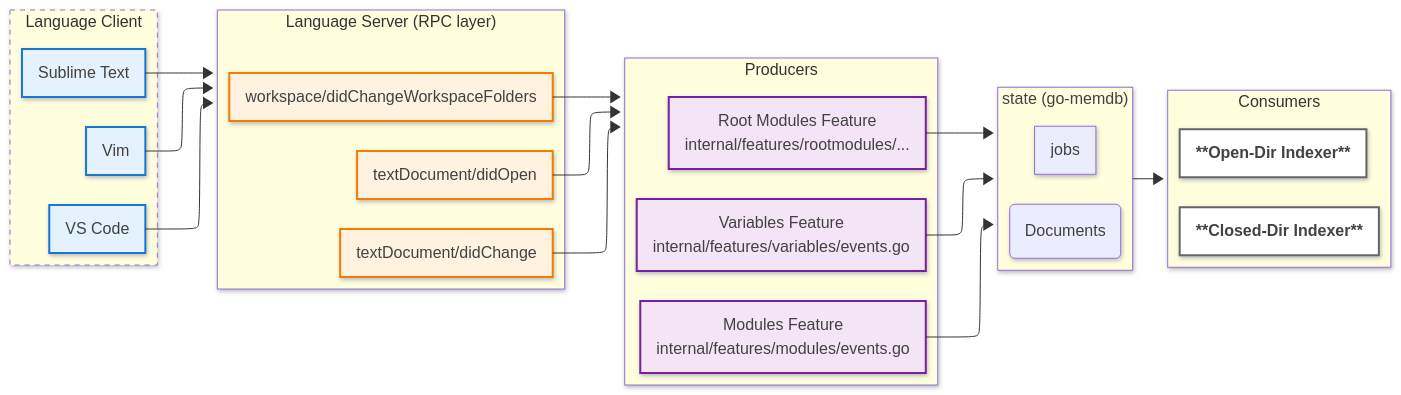
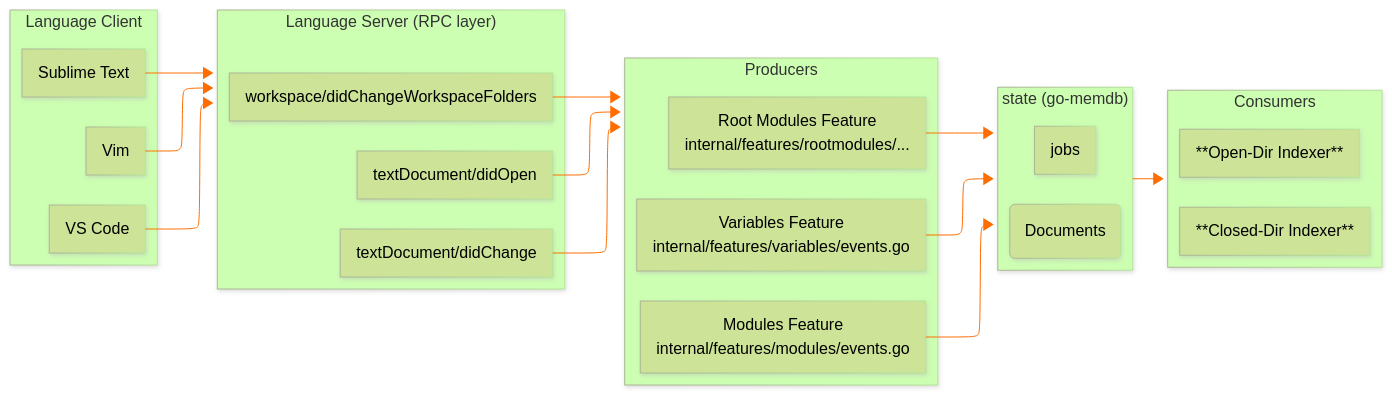
Before and after one commit to opentofu/tofu-ls: the fourth of 6 diagrams in docs/architecture.md, drawn with Mermaid. The commit also changed other lines of this file, not shown here.

Commit message:
Architecture.md colors and themeing

````diff
--- a/docs/architecture.md
+++ b/docs/architecture.md
@@ -213,80 +225,64 @@
 ```mermaid
 ---
 config:
-  theme: mc
+  theme: forest
   look: neo
   layout: elk
+  themeVariables:
+    darkMode: true
+  flowchart:
+    curve: basis
 ---
 flowchart LR
  subgraph LC["Language Client"]
     direction LR
         VSCode["VS Code"]
         Sublime["Sublime Text"]
         Vim["Vim"]
   end
  subgraph LS["Language Server (RPC layer)"]
     direction TB
         WS["workspace/didChangeWorkspaceFolders"]
         TDO["textDocument/didOpen"]
         TDC["textDocument/didChange"]
   end
  subgraph P["Producers"]
     direction LR
         MF["Modules Feature<br>internal/features/modules/events.go"]
         VF["Variables Feature<br>internal/features/variables/events.go"]
         RF["Root Modules Feature<br>internal/features/rootmodules/..."]
   end
  subgraph C["Consumers"]
     direction LR
         CDI["**Closed-Dir Indexer**"]
         ODI["**Open-Dir Indexer**"]
   end
  subgraph state["state (go-memdb)"]
     direction LR
         JOBS["jobs"]
         DOCUMENTS("Documents")
   end
     WS --> P
     TDO --> P
     TDC --> P
     MF --> state
     VF --> state
     RF --> state
     Sublime --> LS
     Vim --> LS
     VSCode --> LS
     state --> C
      VSCode:::client
      Sublime:::client
      Vim:::client
      WS:::server
      TDO:::server
      TDC:::server
      MF:::producer
      VF:::producer
      RF:::producer
      CDI:::indexer
      ODI:::indexer
      LC:::dashed
-    classDef client fill:#e3f2fd,stroke:#1976d2,stroke-width:2px
-    classDef server fill:#fff3e0,stroke:#f57c00,stroke-width:2px
-    classDef producer fill:#f3e5f5,stroke:#7b1fa2,stroke-width:2px
-    classDef consumer fill:#e8f5e8,stroke:#388e3c,stroke-width:2px
-    classDef state fill:#5c6bc0,color:#ffffff,stroke:#3f51b5,stroke-width:2px
-    classDef indexer fill:#ffffff,stroke:#666,stroke-width:2px,font-weight:bold
-    classDef dashed stroke-dasharray: 5 5
-    style VSCode color:#424242
-    style Sublime color:#424242
-    style Vim color:#424242
-    style WS color:#424242
-    style TDO color:#424242
-    style TDC color:#424242
-    style MF color:#424242
-    style VF color:#424242
-    style RF color:#424242
-    style CDI color:#424242
-    style ODI color:#424242
-    style JOBS color:#424242
-    style DOCUMENTS color:#424242
-    style state color:#424242
+    linkStyle default stroke:#FF6D00
 ```
````
